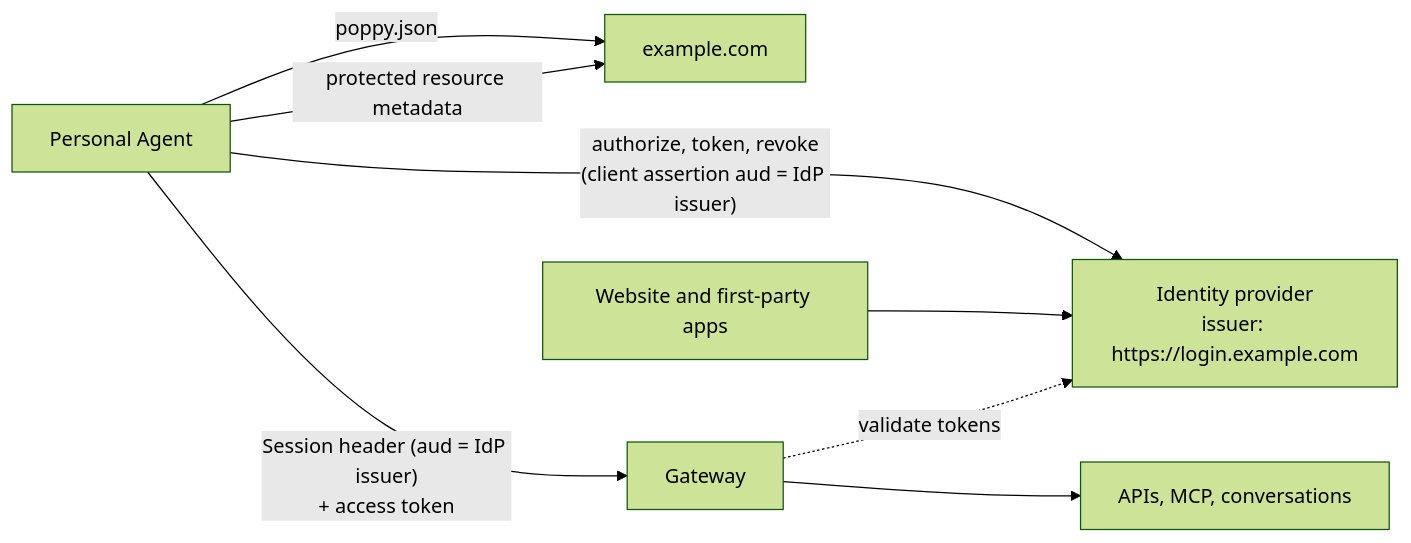
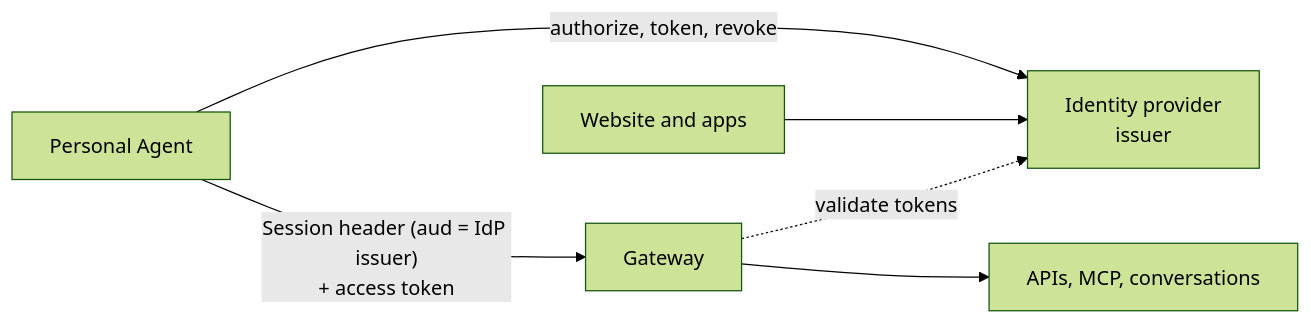
One commit to gaokevin1/personal-agent-protocol changed the second of 8 diagrams in kit/company/patterns/identity-provider.md. Above: the diagram before and after it, drawn with Mermaid (forest theme). The commit also changed other lines of this file and 1 other file, not shown here.

Commit message:
Trim the identity provider pattern to the essentials

````diff
--- a/kit/company/patterns/identity-provider.md
+++ b/kit/company/patterns/identity-provider.md
@@ -81,10 +58,7 @@
 ```mermaid
 flowchart LR
-  PA[Personal Agent] -->|poppy.json| Site[example.com]
-  PA -->|protected resource metadata| Site
-  PA -->|"authorize, token, revoke<br/>(client assertion aud = IdP issuer)"| IdP[Identity provider<br/>issuer: https://login.example.com]
-  Apps[Website and first-party apps] --> IdP
-  PA -->|"Session header (aud = IdP issuer)<br/>+ access token"| GW[Gateway]
-  GW --> API[APIs, MCP, conversations]
+  PA[Personal Agent] -->|"authorize, token, revoke"| IdP[Identity provider<br/>issuer]
+  Apps[Website and apps] --> IdP
+  PA -->|"Session header (aud = IdP issuer)<br/>+ access token"| GW[Gateway] --> API[APIs, MCP, conversations]
   GW -.->|validate tokens| IdP
 ```
````
